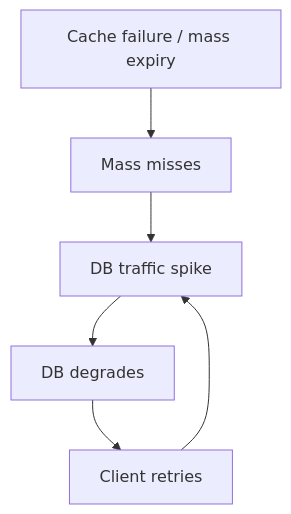
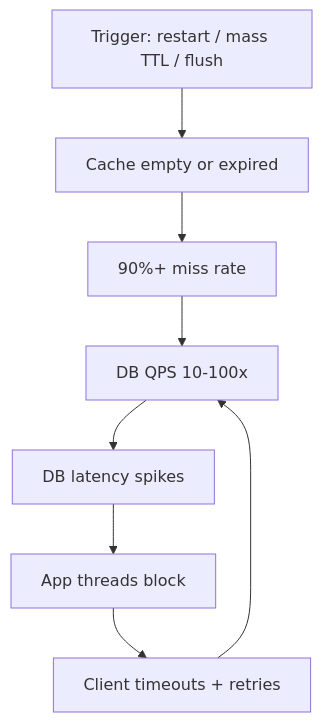
One commit to hareramcse/SystemDesign changed diagram 15 of 19 in 03-caching/README.md. Above: the diagram before and after it, drawn with Mermaid. The commit also changed other lines of this file and 14 other files, not shown here.

````diff
--- a/03-caching/README.md
+++ b/03-caching/README.md
@@ -719,8 +933,10 @@
 ```mermaid
 flowchart TB
-    Event[Cache failure / mass expiry] --> Miss[Mass misses]
-    Miss --> Flood[DB traffic spike]
-    Flood --> Slow[DB degrades]
-    Slow --> Retry[Client retries]
-    Retry --> Flood
+    Event[Trigger: restart / mass TTL / flush] --> Empty[Cache empty or expired]
+    Empty --> Miss[90%+ miss rate]
+    Miss --> Flood[DB QPS 10-100x]
+    Flood --> Slow[DB latency spikes]
+    Slow --> Block[App threads block]
+    Block --> Timeout[Client timeouts + retries]
+    Timeout --> Flood
 ```
````
